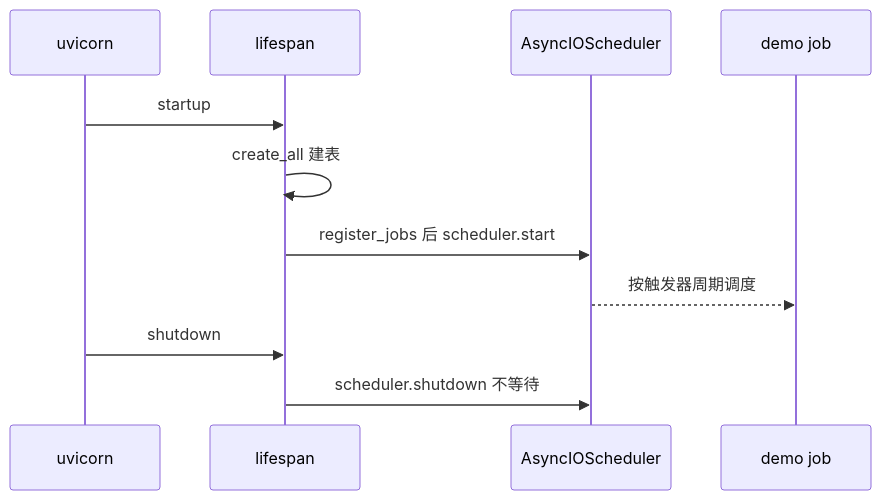
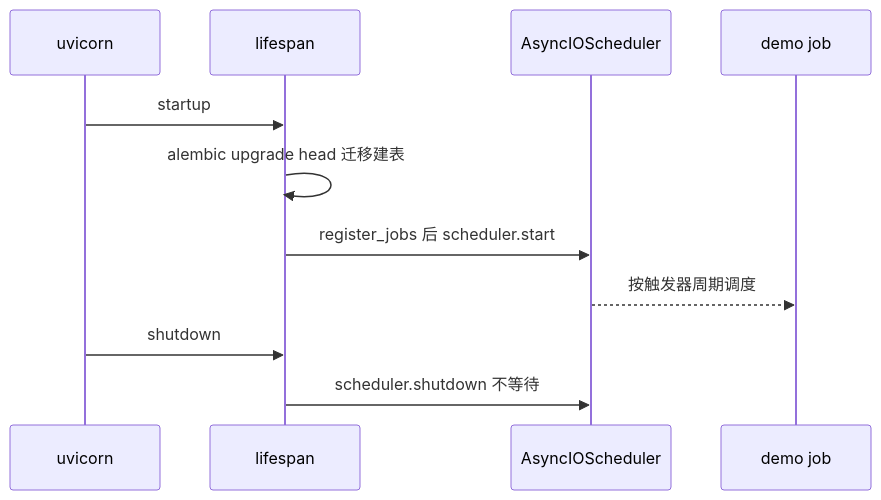
The second of 2 diagrams in docs/20260715_通用monorepo母版架构方案.md (1207575273/agent-driven_gen), drawn with Mermaid before and after one commit. The commit also changed other lines of this file and 9 other files, not shown here.

````diff
--- a/docs/20260715_通用monorepo母版架构方案.md
+++ b/docs/20260715_通用monorepo母版架构方案.md
@@ -287,13 +289,13 @@
 ```mermaid
 sequenceDiagram
   participant U as uvicorn
   participant L as lifespan
   participant S as AsyncIOScheduler
   participant J as demo job
   U->>L: startup
-  L->>L: create_all 建表
+  L->>L: alembic upgrade head 迁移建表
   L->>S: register_jobs 后 scheduler.start
   S-->>J: 按触发器周期调度
   U->>L: shutdown
   L->>S: scheduler.shutdown 不等待
 ```
````
